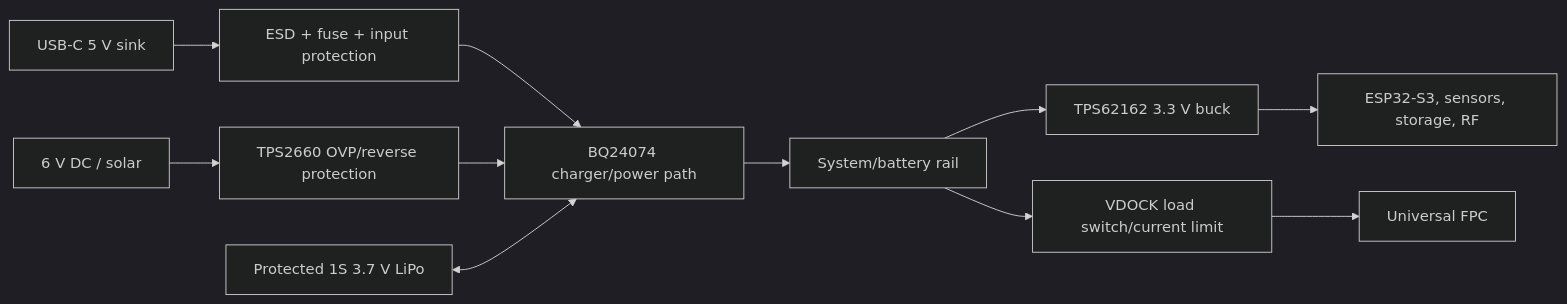
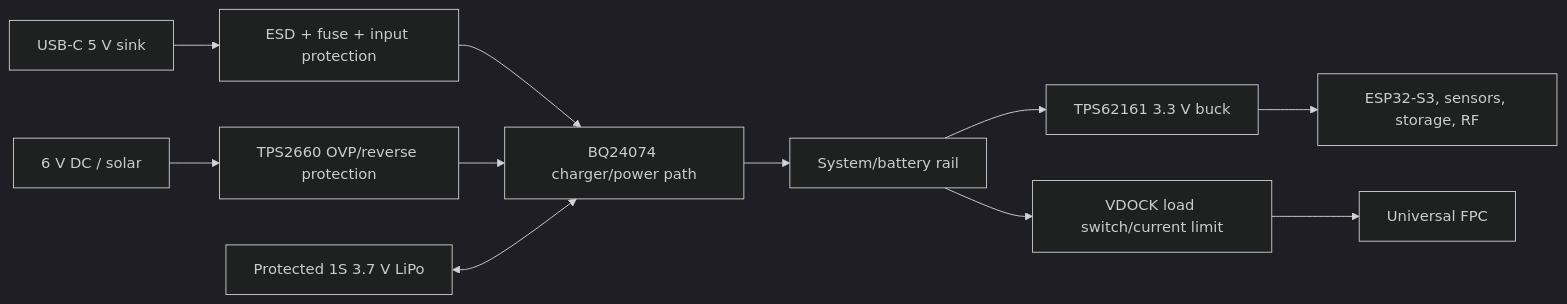
Before and after one commit to NijoP/BeeBox: the diagram in docs/23_Baseline_Resolution_and_Schematic_Capture_Package.md, drawn with Mermaid (dark theme). The commit also changed other lines of this file and 107 other files, not shown here.

Commit message:
feat: rebuild and verify complete BeeBox schematic

````diff
--- a/docs/23_Baseline_Resolution_and_Schematic_Capture_Package.md
+++ b/docs/23_Baseline_Resolution_and_Schematic_Capture_Package.md
@@ -112,13 +112,13 @@
 ```mermaid
 flowchart LR
  USB[USB-C 5 V sink] --> PROT[ESD + fuse + input protection]
  EXT[6 V DC / solar] --> OVP[TPS2660 OVP/reverse protection]
  PROT --> CHG[BQ24074 charger/power path]
  OVP --> CHG
  BAT[Protected 1S 3.7 V LiPo] <--> CHG
  CHG --> VSYS[System/battery rail]
- VSYS --> BUCK[TPS62162 3.3 V buck]
+ VSYS --> BUCK[TPS62161 3.3 V buck]
  BUCK --> LOADS[ESP32-S3, sensors, storage, RF]
  VSYS --> SW[VDOCK load switch/current limit]
  SW --> FPC[Universal FPC]
 ```
````
